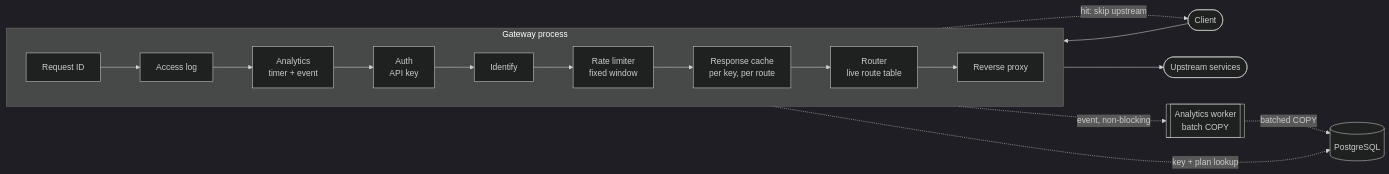
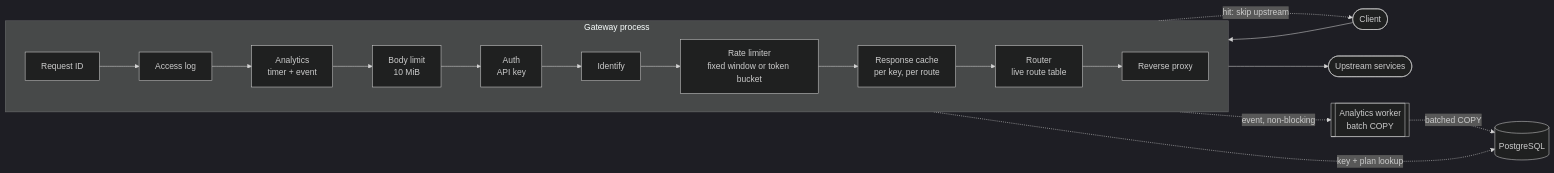
The first of 2 diagrams in docs/architecture.md (matiasaldom/API-Gateway), drawn with Mermaid (dark theme) before and after one commit. The commit also changed other lines of this file and 42 other files, not shown here.

````diff
--- a/docs/architecture.md
+++ b/docs/architecture.md
@@ -7,26 +7,27 @@
 ```mermaid
 flowchart LR
     client([Client])
 
     subgraph gw[Gateway process]
         direction LR
         rid[Request ID]
         log[Access log]
         an[Analytics<br/>timer + event]
+        body[Body limit<br/>10 MiB]
         auth[Auth<br/>API key]
         ident[Identify]
-        rl[Rate limiter<br/>fixed window]
+        rl[Rate limiter<br/>fixed window or token bucket]
         cache[Response cache<br/>per key, per route]
         router[Router<br/>live route table]
         proxy[Reverse proxy]
     end
 
     upstream([Upstream services])
     pg[(PostgreSQL)]
     worker[[Analytics worker<br/>batch COPY]]
 
-    client --> rid --> log --> an --> auth --> ident --> rl --> cache --> router --> proxy --> upstream
+    client --> rid --> log --> an --> body --> auth --> ident --> rl --> cache --> router --> proxy --> upstream
     auth -.->|key + plan lookup| pg
     an -.->|event, non-blocking| worker -.->|batched COPY| pg
     cache -.->|hit: skip upstream| client
 ```
````
